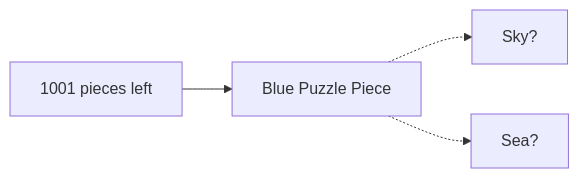
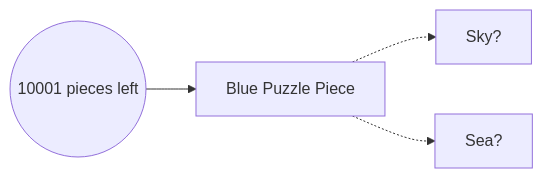
The first of 3 diagrams in README.md (198thread/lineup), drawn with Mermaid before and after one commit. The commit also changed other lines of this file, not shown here.

Commit message:
Update README.md
updates mermaid diagrams with circles

````diff
--- a/README.md
+++ b/README.md
@@ -7,6 +7,6 @@
 ```mermaid
 graph LR;
-    A["1001 pieces left"] --> B[Blue Puzzle Piece]
+    A((10001 pieces left)) --> B[Blue Puzzle Piece]
     B -.-> C[Sky?]
     B -.-> D[Sea?]
 ```
````
